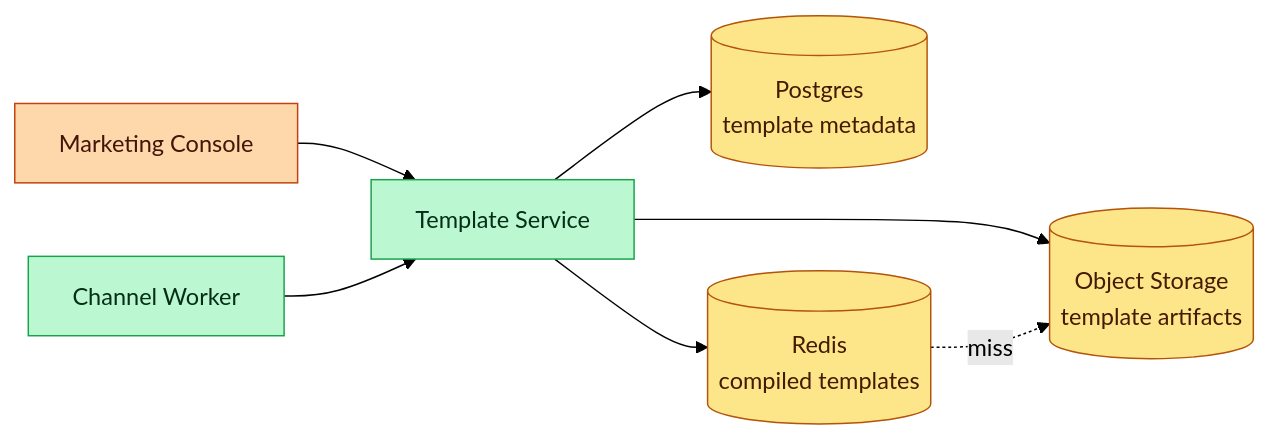
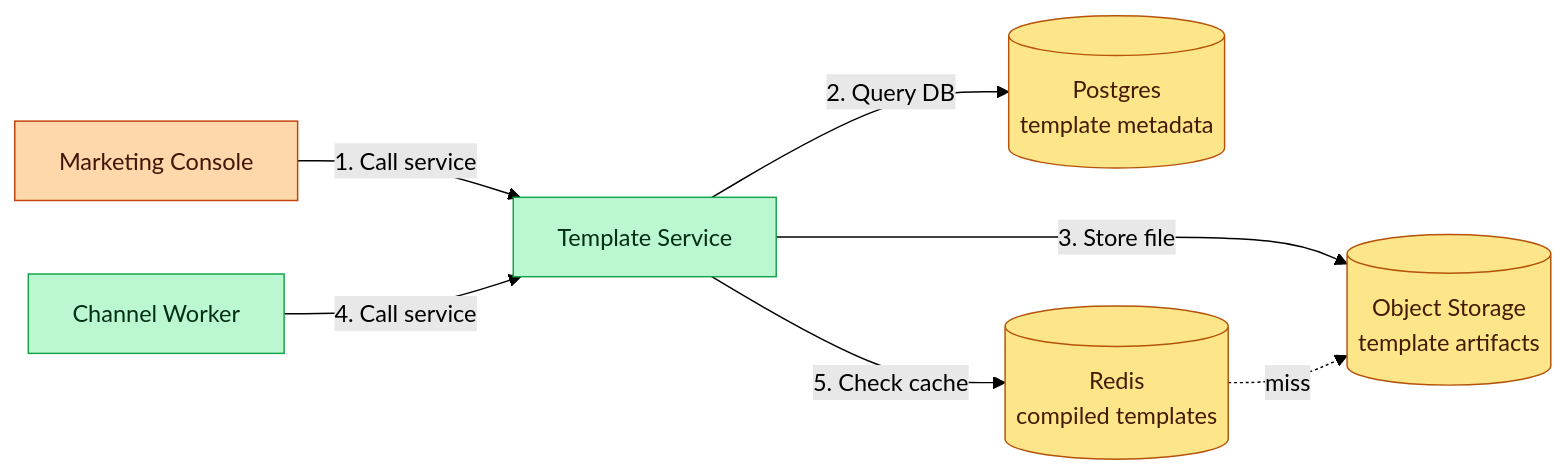
The ninth of 16 diagrams in content/hld/NotificationSystem.md (iluzn/HLD-Designs), drawn with Mermaid (forest theme) before and after one commit. The commit also changed other lines of this file and 27 other files, not shown here.

````diff
--- a/content/hld/NotificationSystem.md
+++ b/content/hld/NotificationSystem.md
@@ -702,20 +702,20 @@
 ```mermaid
 flowchart LR
     CONSOLE["Marketing Console"]:::client
     TMPL["Template Service"]:::service
     S3[("Object Storage<br/>template artifacts")]:::data
     DB[("Postgres<br/>template metadata")]:::data
     CACHE[("Redis<br/>compiled templates")]:::data
     WORKER["Channel Worker"]:::service
 
-    CONSOLE --> TMPL
-    TMPL --> DB
-    TMPL --> S3
-    WORKER --> TMPL
-    TMPL --> CACHE
+    CONSOLE -->|"1. Call service"| TMPL
+    TMPL -->|"2. Query DB"| DB
+    TMPL -->|"3. Store file"| S3
+    WORKER -->|"4. Call service"| TMPL
+    TMPL -->|"5. Check cache"| CACHE
     CACHE -. miss .-> S3
 
     classDef client fill:#fed7aa,stroke:#c2410c,color:#431407
     classDef service fill:#bbf7d0,stroke:#16a34a,color:#052e16
     classDef data fill:#fde68a,stroke:#b45309,color:#451a03
 ```
````
